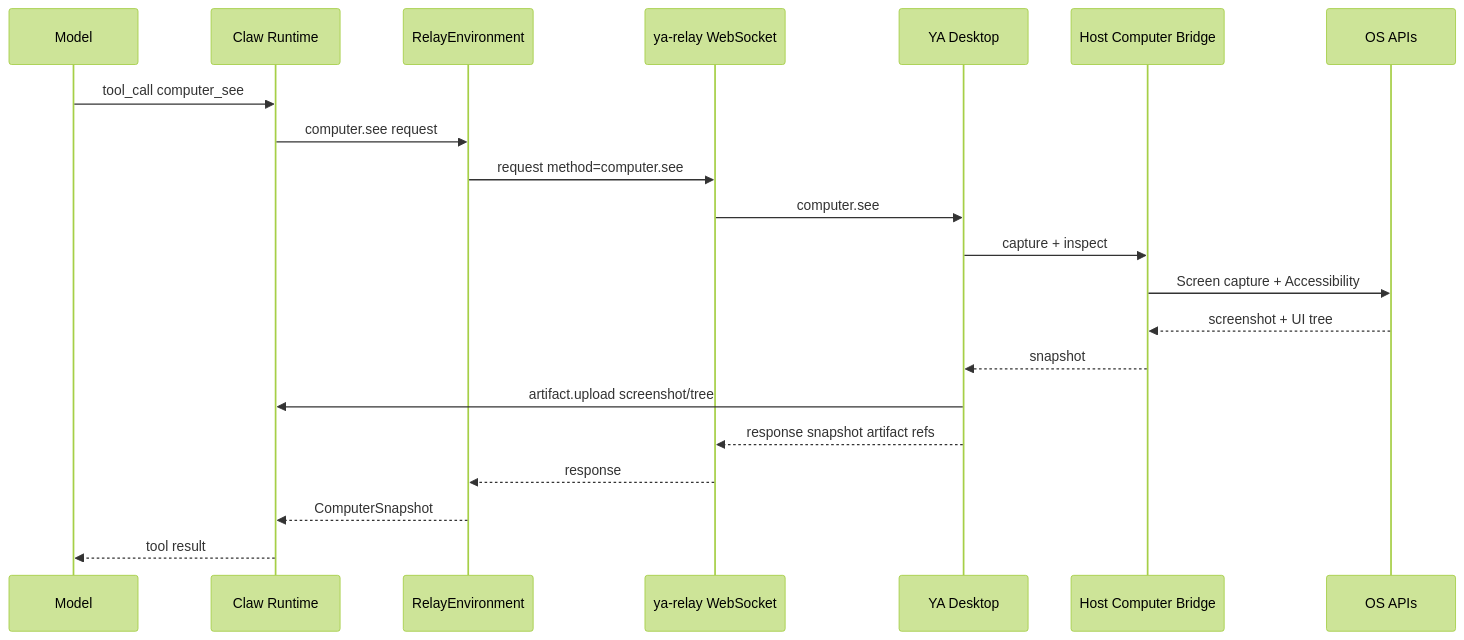
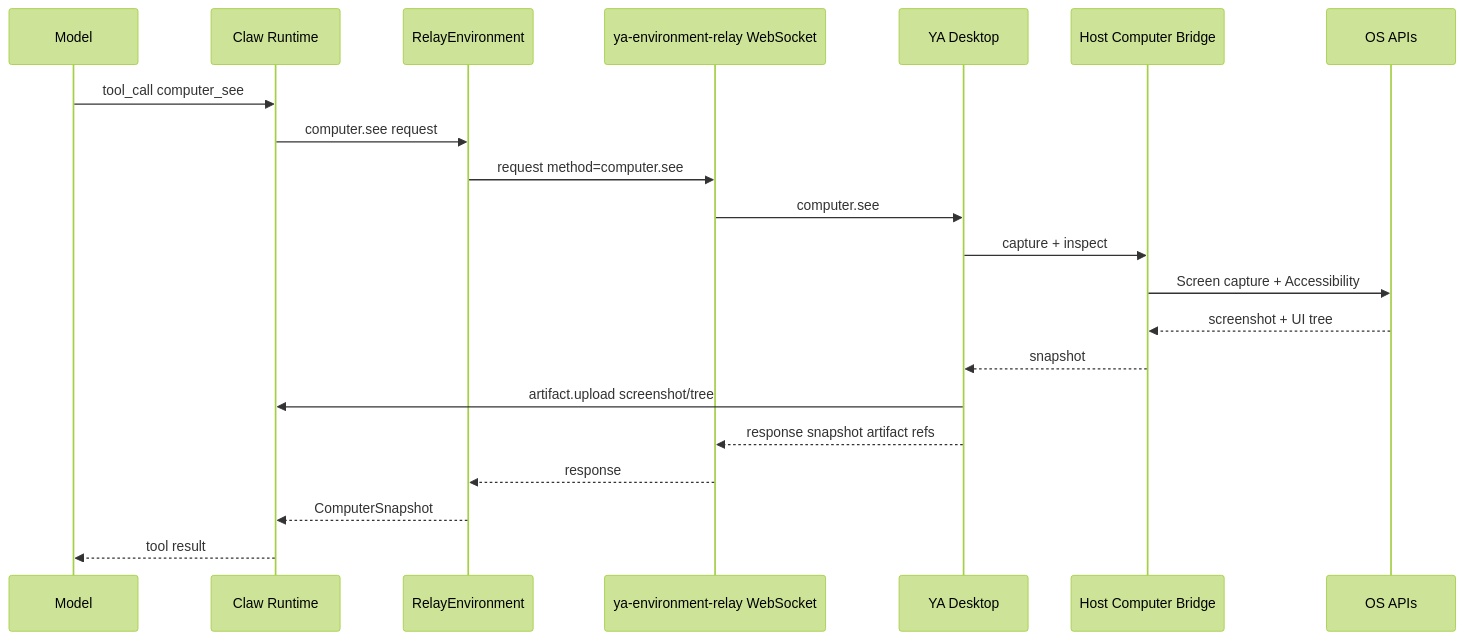
Before and after one commit to Alexsu26/ya-mono: the first of 3 diagrams in apps/ya-desktop/spec/computer-use/08-relay-based-computer-use.md, drawn with Mermaid (forest theme). The commit also changed other lines of this file and 96 other files, not shown here.

````diff
--- a/apps/ya-desktop/spec/computer-use/08-relay-based-computer-use.md
+++ b/apps/ya-desktop/spec/computer-use/08-relay-based-computer-use.md
@@ -11,24 +11,24 @@
 ```mermaid
 sequenceDiagram
     participant Model as Model
     participant Claw as Claw Runtime
     participant Env as RelayEnvironment
-    participant Relay as ya-relay WebSocket
+    participant Relay as ya-environment-relay WebSocket
     participant Desktop as YA Desktop
     participant Bridge as Host Computer Bridge
     participant OS as OS APIs
 
     Model->>Claw: tool_call computer_see
     Claw->>Env: computer.see request
     Env->>Relay: request method=computer.see
     Relay->>Desktop: computer.see
     Desktop->>Bridge: capture + inspect
     Bridge->>OS: Screen capture + Accessibility
     OS-->>Bridge: screenshot + UI tree
     Bridge-->>Desktop: snapshot
     Desktop->>Claw: artifact.upload screenshot/tree
     Desktop-->>Relay: response snapshot artifact refs
     Relay-->>Env: response
     Env-->>Claw: ComputerSnapshot
     Claw-->>Model: tool result
 ```
````
